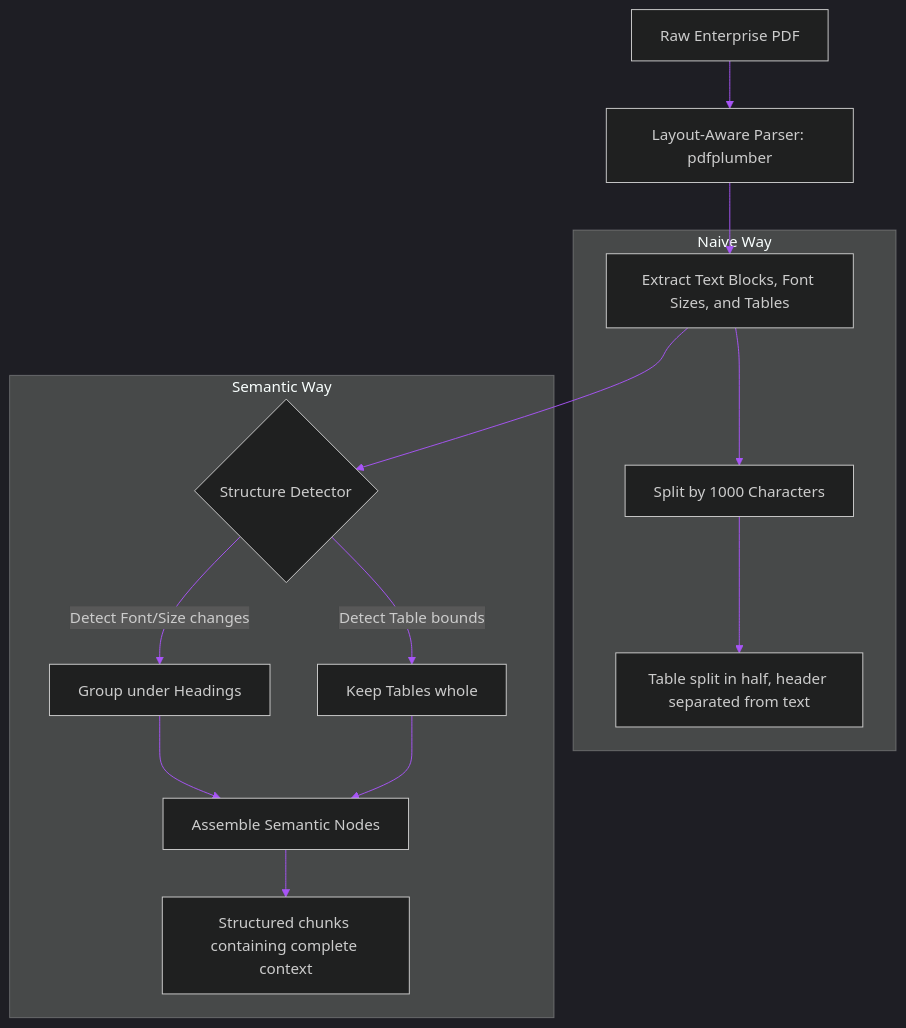
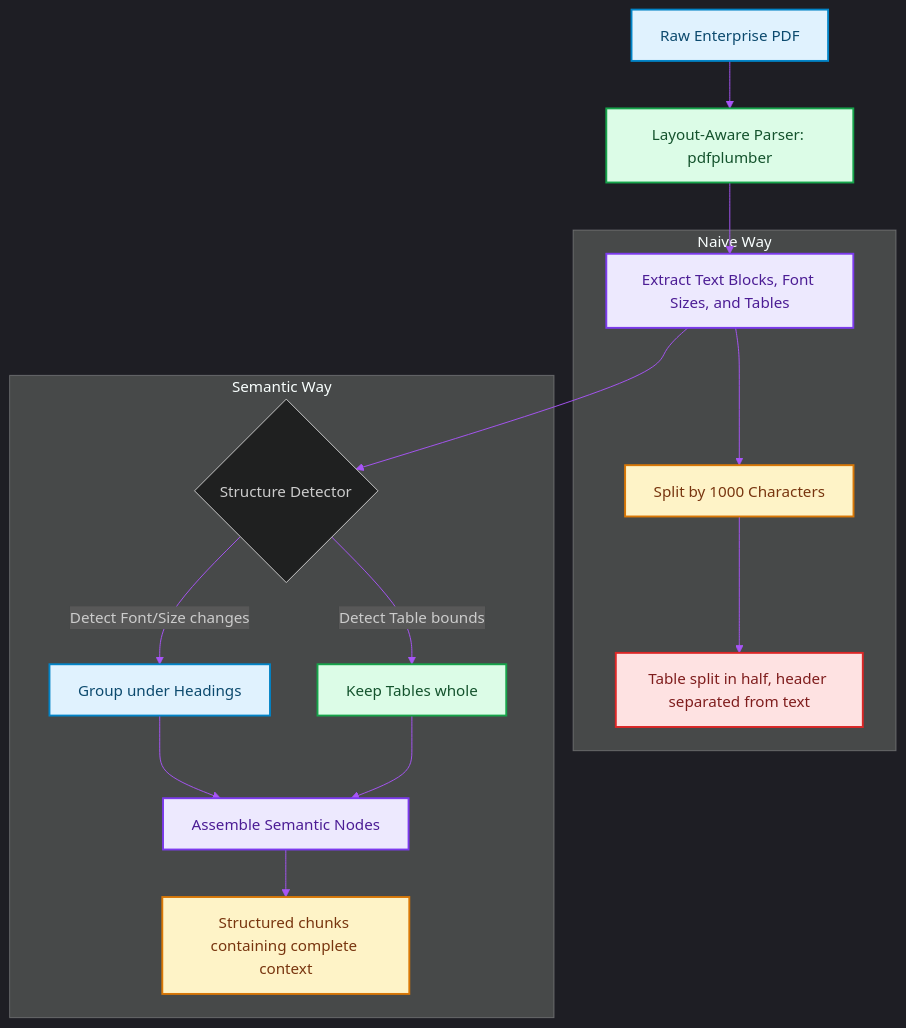
The diagram in blog/posts/layout-aware-semantic-chunking-pdf.md (akmalkhaniub/akmalkhaniub.github.io), drawn with Mermaid before and after one commit. The commit also changed other lines of this file and 1291 other files, not shown here.

First line of the commit message:
feat(catalog): unique covers, scholarly references, and diagram palettes

````diff
--- a/blog/posts/layout-aware-semantic-chunking-pdf.md
+++ b/blog/posts/layout-aware-semantic-chunking-pdf.md
@@ -14,19 +14,30 @@
 ```mermaid
 %%{init: {'theme': 'dark', 'themeVariables': { 'primaryColor': '#a855f7', 'primaryTextColor': '#f3f4f6', 'primaryBorderColor': '#c084fc', 'lineColor': '#a855f7', 'secondaryColor': '#111827', 'tertiaryColor': '#0b0f19'}}}%%
 flowchart TD
-    PDF[Raw Enterprise PDF] --> Parser[Layout-Aware Parser: pdfplumber]
-    Parser --> Extract[Extract Text Blocks, Font Sizes, and Tables]
+    PDF["Raw Enterprise PDF"] --> Parser["Layout-Aware Parser: pdfplumber"]
+    Parser --> Extract["Extract Text Blocks, Font Sizes, and Tables"]
     
     subgraph SG1_NaiveWay ["Naive Way"]
-        Extract --> Naive[Split by 1000 Characters]
-        Naive --> SplitTable[ Table split in half, header separated from text]
+        Extract --> Naive["Split by 1000 Characters"]
+        Naive --> SplitTable[" Table split in half, header separated from text"]
     end
 
     subgraph SG2_SemanticWay ["Semantic Way"]
         Extract --> Detector{Structure Detector}
-        Detector -->|Detect Font/Size changes| Headings[Group under Headings]
-        Detector -->|Detect Table bounds| Tables[Keep Tables whole]
-        Headings & Tables --> Build[Assemble Semantic Nodes]
-        Build --> Result[ Structured chunks containing complete context]
+        Detector -->|Detect Font/Size changes| Headings["Group under Headings"]
+        Detector -->|Detect Table bounds| Tables["Keep Tables whole"]
+        Headings & Tables --> Build["Assemble Semantic Nodes"]
+        Build --> Result[" Structured chunks containing complete context"]
     end
+
+classDef green fill:#dcfce7,stroke:#16a34a,stroke-width:2px,color:#14532d;
+classDef red fill:#fee2e2,stroke:#dc2626,stroke-width:2px,color:#7f1d1d;
+classDef blue fill:#e0f2fe,stroke:#0284c7,stroke-width:2px,color:#0c4a6e;
+classDef yellow fill:#fef3c7,stroke:#d97706,stroke-width:2px,color:#78350f;
+classDef purple fill:#ede9fe,stroke:#7c3aed,stroke-width:2px,color:#4c1d95;
+class PDF,Headings blue
+class Parser,Tables green
+class Extract,Build purple
+class Naive,Result yellow
+class SplitTable red
 ```
````
